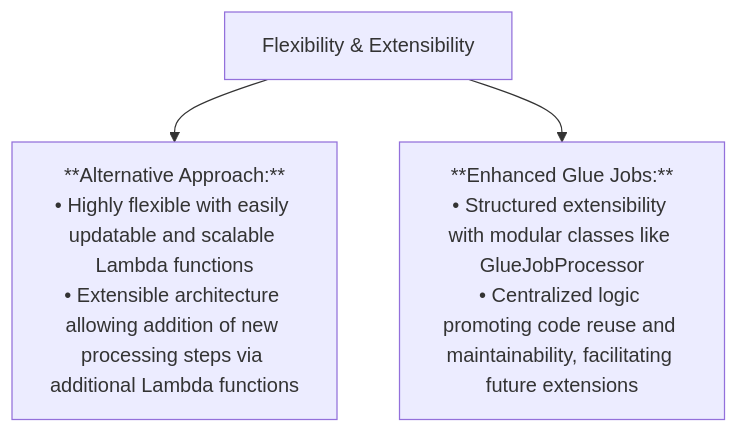
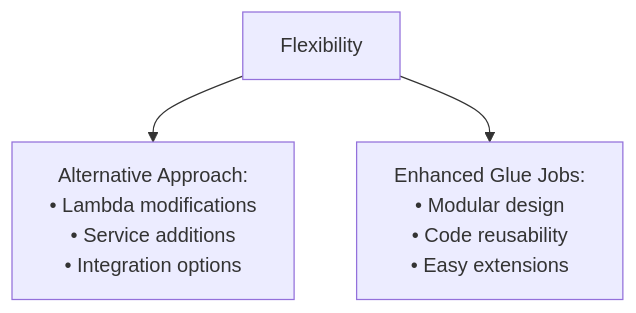
One commit to veronelazio/wezterm changed diagram 14 of 17 in mermaid.md. Above: the diagram before and after it, drawn with Mermaid. The commit also changed other lines of this file, not shown here.

````diff
--- a/mermaid.md
+++ b/mermaid.md
@@ -167,8 +131,5 @@
-``` mermaid
+```mermaid
 flowchart TD
-    %% Flexibility & Extensibility
-    L1["Flexibility & Extensibility"]
-    L1 --> L2["**Alternative Approach:**<br>• Highly flexible with easily updatable and scalable Lambda functions<br>• Extensible architecture allowing addition of new processing steps via additional Lambda functions"]
-    L1 --> L3["**Enhanced Glue Jobs:**<br>• Structured extensibility with modular classes like GlueJobProcessor<br>• Centralized logic promoting code reuse and maintainability, facilitating future extensions"]
-
+    L1["Flexibility"] --> L2["Alternative Approach:<br/>• Lambda modifications<br/>• Service additions<br/>• Integration options"]
+    L1 --> L3["Enhanced Glue Jobs:<br/>• Modular design<br/>• Code reusability<br/>• Easy extensions"]
 ```
````
